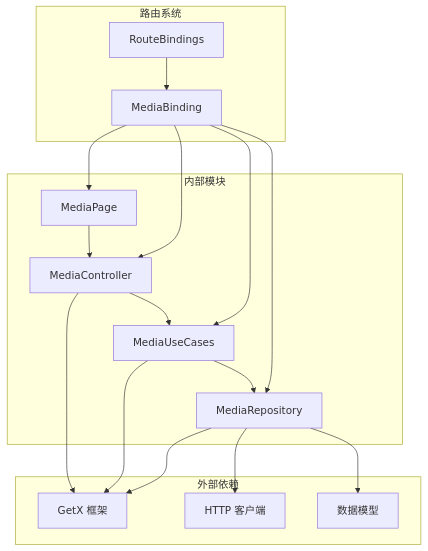
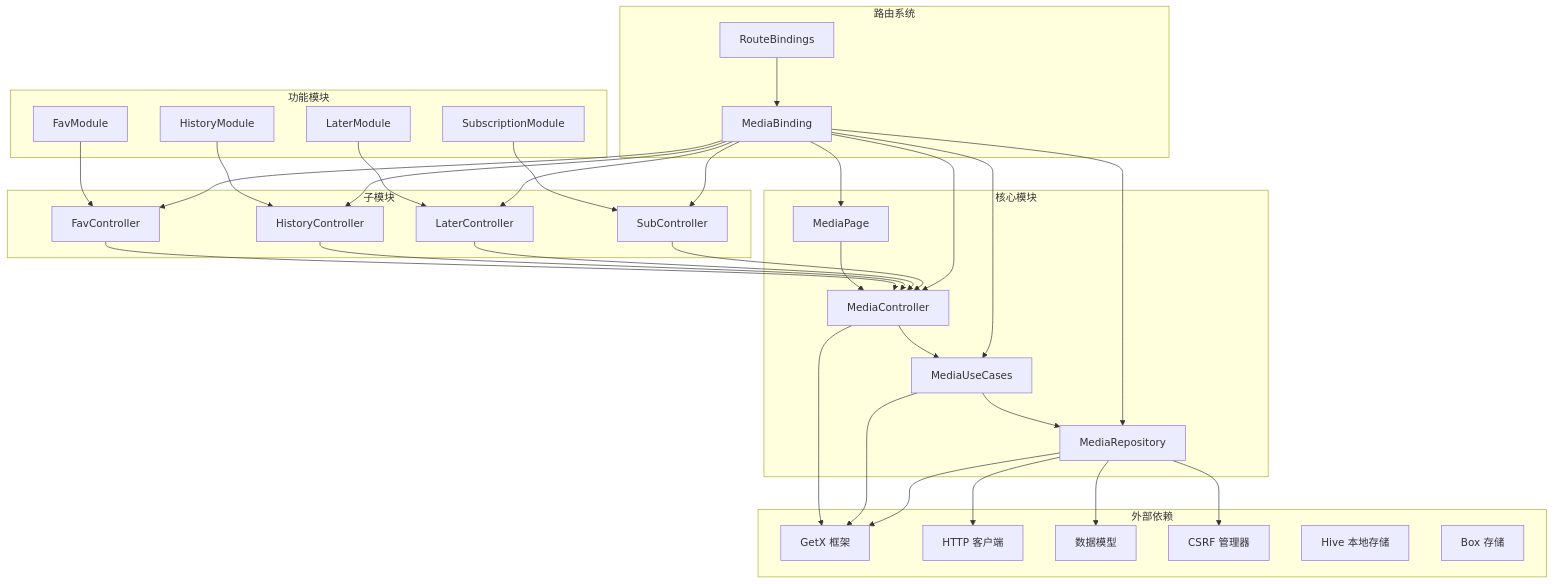
Before and after one commit to justLXX/pilipala: diagram 19 of 19 in .qoder/repowiki/zh/content/核心模块/功能模块/媒体管理模块.md, drawn with Mermaid. The commit also changed other lines of this file and 194 other files, not shown here.

````diff
--- a/.qoder/repowiki/zh/content/核心模块/功能模块/媒体管理模块.md
+++ b/.qoder/repowiki/zh/content/核心模块/功能模块/媒体管理模块.md
@@ -405,31 +745,59 @@
 ```mermaid
 graph TB
 subgraph "外部依赖"
 GET[GetX 框架]
 HTTP[HTTP 客户端]
 MODELS[数据模型]
+CSRF[CSRF 管理器]
+HIVE[Hive 本地存储]
+BOX[Box 存储]
 end
-subgraph "内部模块"
+subgraph "核心模块"
 MP[MediaPage]
 MC[MediaController]
 MUC[MediaUseCases]
 MR[MediaRepository]
 end
+subgraph "功能模块"
+FC[FavModule]
+HC[HistoryModule]
+LC[LaterModule]
+SC[SubscriptionModule]
+end
 subgraph "路由系统"
 RB[RouteBindings]
 MB[MediaBinding]
+end
+subgraph "子模块"
+FCC[FavController]
+HCC[HistoryController]
+LCC[LaterController]
+SCC[SubController]
 end
 MP --> MC
 MC --> MUC
 MUC --> MR
 MR --> HTTP
 MR --> MODELS
+MR --> CSRF
 MC --> GET
 MUC --> GET
 MR --> GET
+FC --> FCC
+HC --> HCC
+LC --> LCC
+SC --> SCC
+FCC --> MC
+HCC --> MC
+LCC --> MC
+SCC --> MC
 MB --> MP
 MB --> MC
 MB --> MUC
 MB --> MR
+MB --> FCC
+MB --> HCC
+MB --> LCC
+MB --> SCC
 RB --> MB
 ```
````
